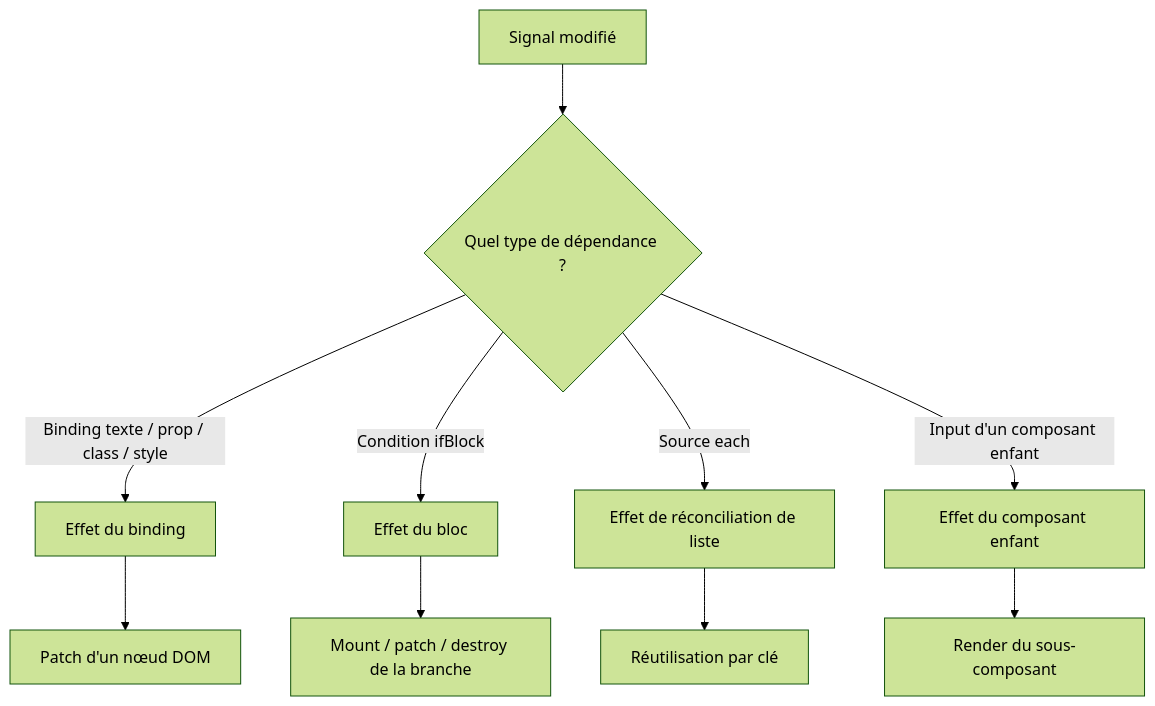
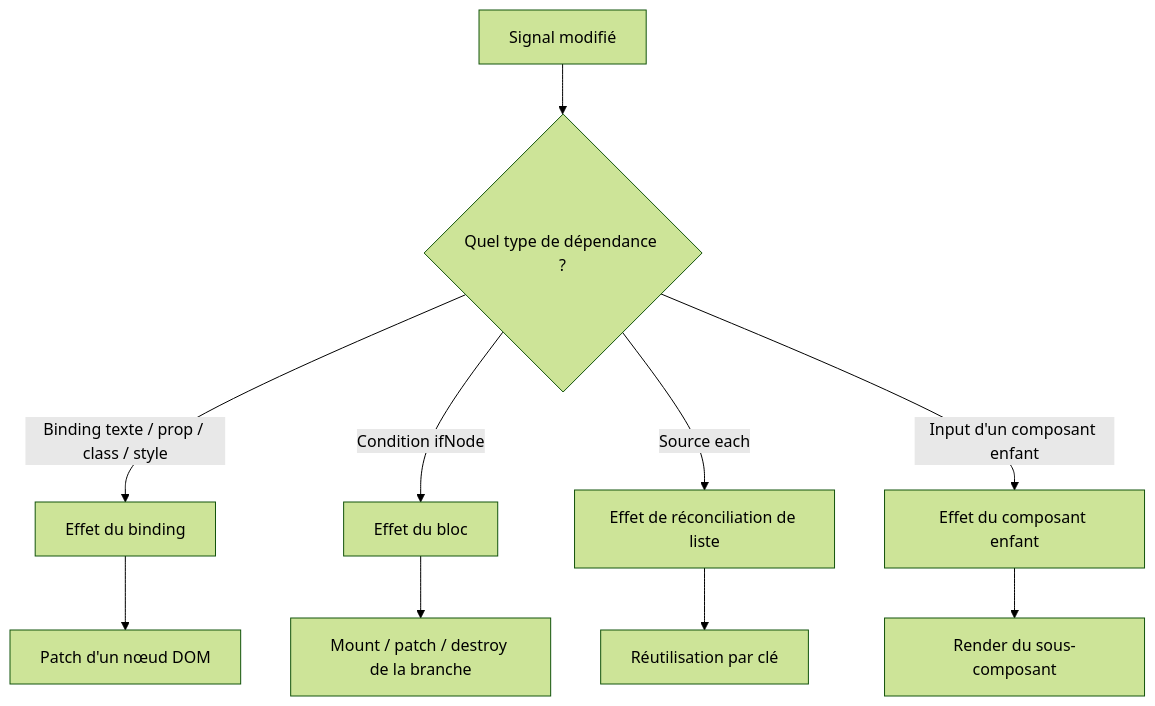
The diagram in docs/plans/granular-reactive-rendering.md (craft-ts/craft-ts), drawn with Mermaid (forest theme) before and after one commit. The commit also changed other lines of this file and 175 other files, not shown here.

````diff
--- a/docs/plans/granular-reactive-rendering.md
+++ b/docs/plans/granular-reactive-rendering.md
@@ -78,12 +78,12 @@
 ```mermaid
 flowchart TD
   A[Signal modifié] --> B{Quel type de dépendance ?}
   B -->|Binding texte / prop / class / style| C[Effet du binding]
-  B -->|Condition ifBlock| D[Effet du bloc]
+  B -->|Condition ifNode| D[Effet du bloc]
   B -->|Source each| E[Effet de réconciliation de liste]
   B -->|Input d'un composant enfant| F[Effet du composant enfant]
   C --> G[Patch d'un nœud DOM]
   D --> H[Mount / patch / destroy de la branche]
   E --> I[Réutilisation par clé]
   F --> J[Render du sous-composant]
 ```
````
